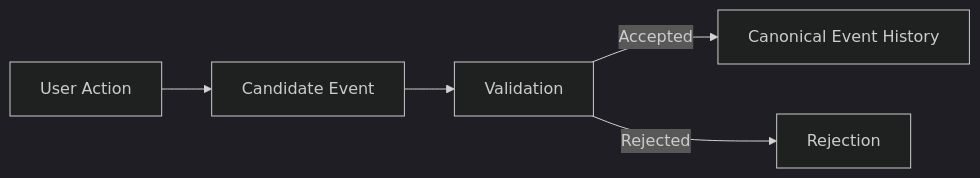
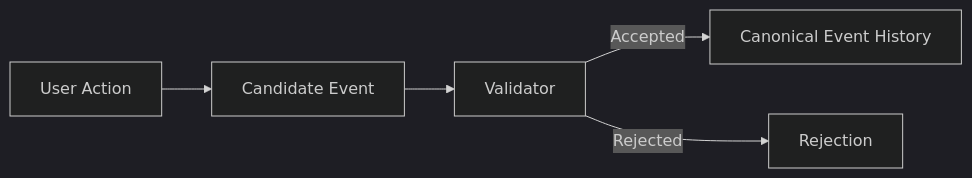
The second of 2 diagrams in CrypSA_Architecture_Overview.md (godofthunder101/crypsa-architecture), drawn with Mermaid (dark theme) before and after one commit. The commit also changed other lines of this file, not shown here.

First line of the commit message:
Clarify validator role and update architecture overview

````diff
--- a/CrypSA_Architecture_Overview.md
+++ b/CrypSA_Architecture_Overview.md
@@ -155,8 +172,8 @@
 ```mermaid
 flowchart LR
 
 A[User Action] --> B[Candidate Event]
-B --> C[Validation]
+B --> C[Validator]
 C -->|Accepted| D[Canonical Event History]
 C -->|Rejected| E[Rejection]
 ```
````
